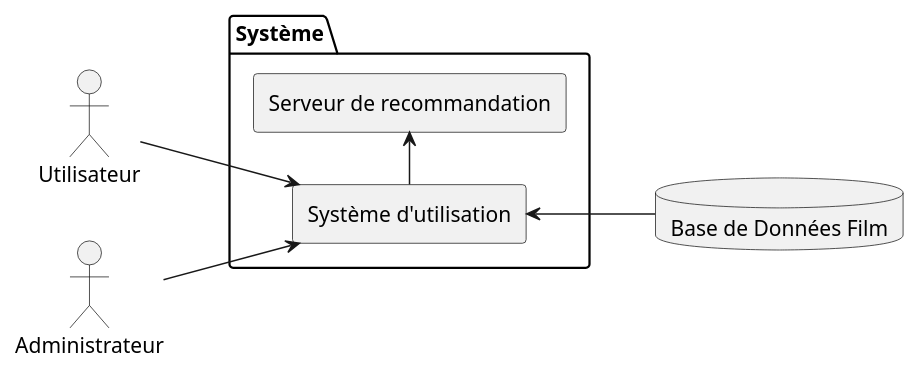
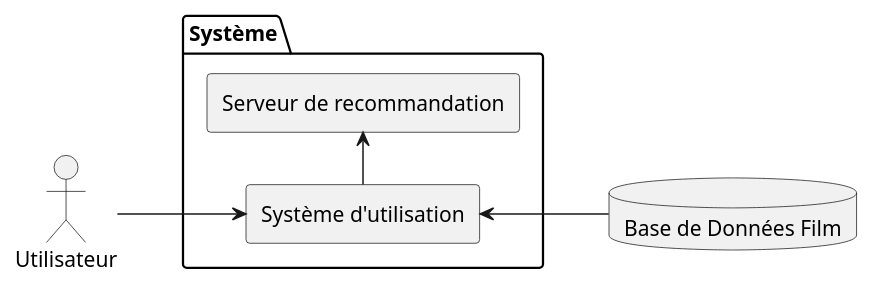
Before and after one commit to LeVraisPeg/backlog-repo: the diagram in UML/diag_actor/diag_actor.puml, drawn with PlantUML. The commit also changed 3 other files, not shown here.

Commit message:
Rédaction slide : Conception UML

```diff
--- a/UML/diag_actor/diag_actor.puml
+++ b/UML/diag_actor/diag_actor.puml
@@ -1,22 +1,20 @@
 @startuml
 left to right direction
 package "Système" {
 
 
 rectangle "Système d'utilisation" as GD
 rectangle "Serveur de recommandation" as SR
 
 }
 
 actor Utilisateur as User
 
 database "Base de Données Film" as DB
 
-actor Administrateur as Admin
 
 
 User-->GD
 GD<--DB
-Admin --> GD
 GD->SR
 @enduml
```
